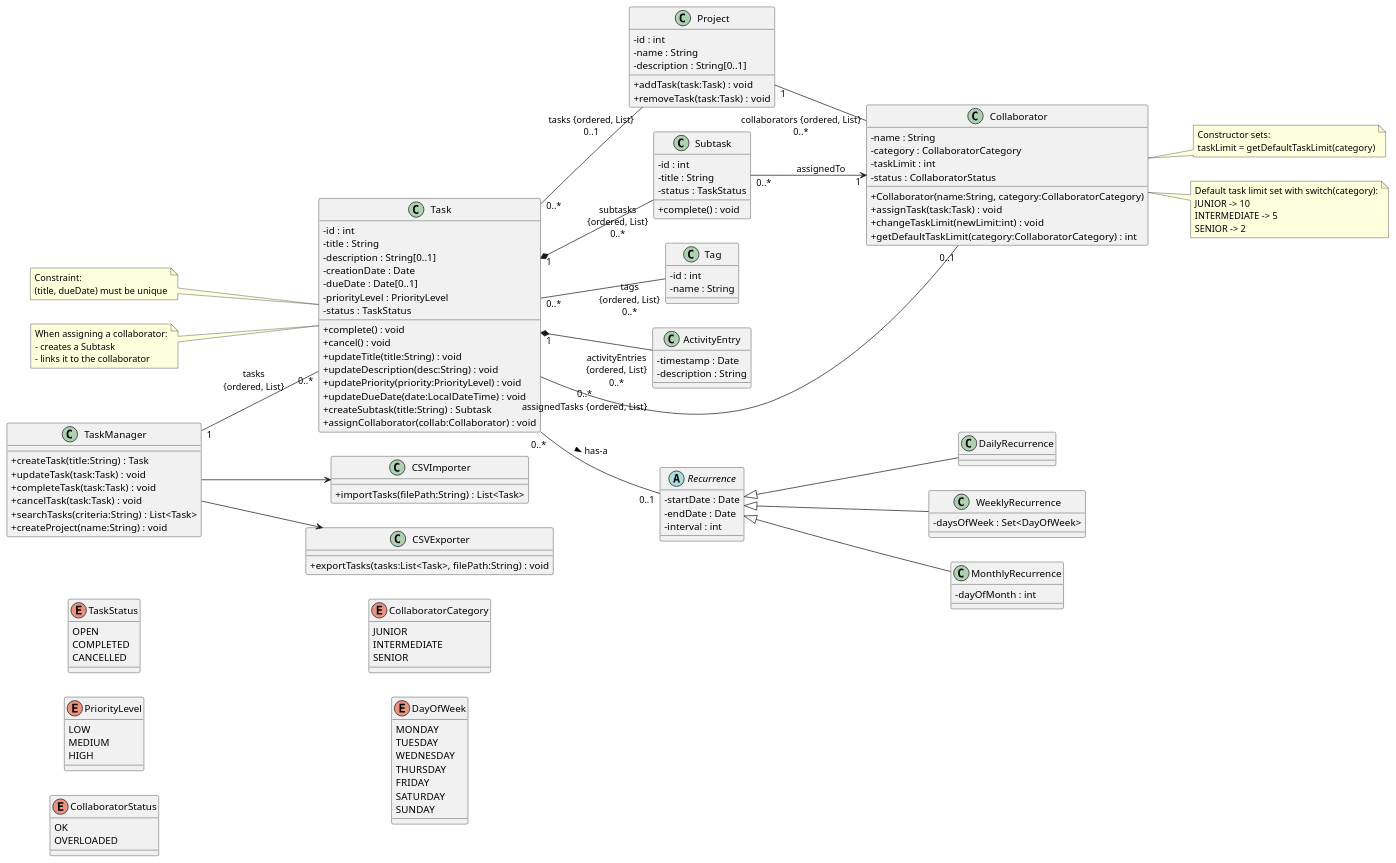
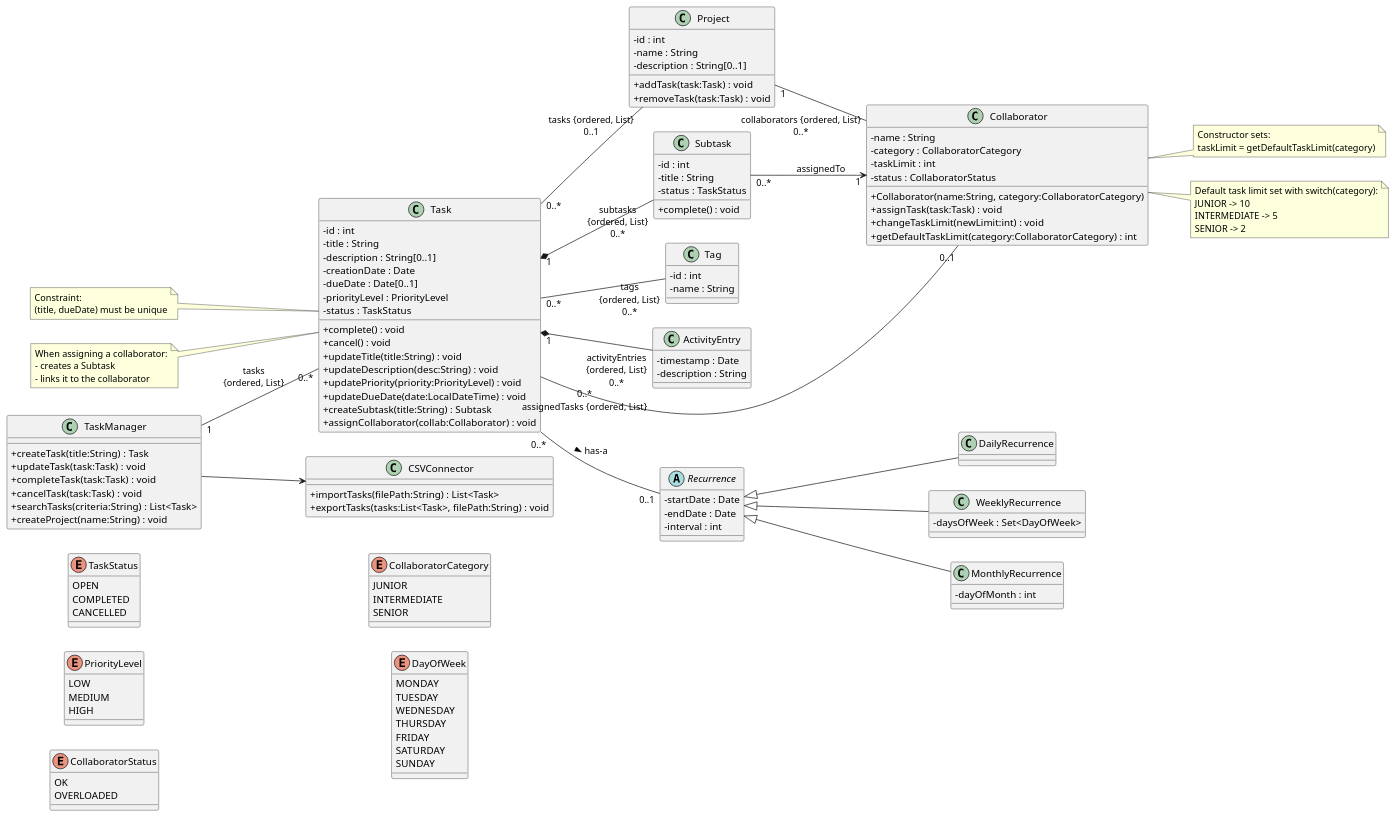
One commit to dan-gan/SOEN-342 changed the diagram in Iteration-2/ClassDiagram/ClassDiagram.puml. Above: the diagram before and after it, drawn with PlantUML. The commit also changed 9 other files, not shown here.

```diff
--- a/Iteration-2/ClassDiagram/ClassDiagram.puml
+++ b/Iteration-2/ClassDiagram/ClassDiagram.puml
@@ -1,196 +1,192 @@
 @startuml
 left to right direction
 skinparam classAttributeIconSize 0
 
 ' =========================
 ' ENUMS
 ' =========================
 
 enum TaskStatus {
   OPEN
   COMPLETED
   CANCELLED
 }
 
 enum PriorityLevel {
   LOW
   MEDIUM
   HIGH
 }
 
 enum CollaboratorStatus {
   OK
   OVERLOADED
 }
 
 enum CollaboratorCategory {
   JUNIOR
   INTERMEDIATE
   SENIOR
 }
 
 enum DayOfWeek {
   MONDAY
   TUESDAY
   WEDNESDAY
   THURSDAY
   FRIDAY
   SATURDAY
   SUNDAY
 }
 
 ' =========================
 ' ENTITY CLASSES
 ' =========================
 
 class Task {
   - id : int
   - title : String
   - description : String[0..1]
   - creationDate : Date
   - dueDate : Date[0..1]
   - priorityLevel : PriorityLevel
   - status : TaskStatus
 
   + complete() : void
   + cancel() : void
   + updateTitle(title:String) : void
   + updateDescription(desc:String) : void
   + updatePriority(priority:PriorityLevel) : void
   + updateDueDate(date:LocalDateTime) : void
   + createSubtask(title:String) : Subtask
   + assignCollaborator(collab:Collaborator) : void
 }
 
 note left of Task
   Constraint:
   (title, dueDate) must be unique
 end note
 
 note left of Task
   When assigning a collaborator:
   - creates a Subtask
   - links it to the collaborator
 end note
 
 class Project {
   - id : int
   - name : String
   - description : String[0..1]
 
   + addTask(task:Task) : void
   + removeTask(task:Task) : void
 }
 
 class Subtask {
   - id : int
   - title : String
   - status : TaskStatus
 
   + complete() : void
 }
 
 class Tag {
   - id : int
   - name : String
 }
 
 class ActivityEntry {
   - timestamp : Date
   - description : String
 }
 
 ' =========================
 ' COLLABORATORS
 ' =========================
 
 class Collaborator {
   - name : String
   - category : CollaboratorCategory
   - taskLimit : int
   - status : CollaboratorStatus
 
   + Collaborator(name:String, category:CollaboratorCategory)
   + assignTask(task:Task) : void
   + changeTaskLimit(newLimit:int) : void
   + getDefaultTaskLimit(category:CollaboratorCategory) : int
 }
 
 note right of Collaborator
   Constructor sets:
   taskLimit = getDefaultTaskLimit(category)
 end note
 
 note right of Collaborator
   Default task limit set with switch(category):
   JUNIOR -> 10
   INTERMEDIATE -> 5
   SENIOR -> 2
 end note
 
 ' =========================
 ' RECURRENCE
 ' =========================
 
 abstract class Recurrence {
   - startDate : Date
   - endDate : Date
   - interval : int
 }
 
 class DailyRecurrence
 
 class WeeklyRecurrence {
   - daysOfWeek : Set<DayOfWeek>
 }
 
 class MonthlyRecurrence {
   - dayOfMonth : int
 }
 
 Recurrence <|-- DailyRecurrence
 Recurrence <|-- WeeklyRecurrence
 Recurrence <|-- MonthlyRecurrence
 
 ' =========================
 ' SYSTEM / SERVICE CLASSES
 ' =========================
 
 class TaskManager {
   + createTask(title:String) : Task
   + updateTask(task:Task) : void
   + completeTask(task:Task) : void
   + cancelTask(task:Task) : void
   + searchTasks(criteria:String) : List<Task>
   + createProject(name:String) : void
 }
 
-class CSVImporter {
+class CSVConnector{
   + importTasks(filePath:String) : List<Task>
-}
-
-class CSVExporter {
   + exportTasks(tasks:List<Task>, filePath:String) : void
 }
 
 ' =========================
 ' ASSOCIATIONS
 ' =========================
 
 Task "0..*" -- "tasks {ordered, List}\n0..1" Project
 Task "1" *-- "subtasks\n{ordered, List}\n0..*" Subtask
 Task "1" *-- "activityEntries\n{ordered, List}\n0..*" ActivityEntry
 Task "0..*" -- "tags\n{ordered, List}\n0..*" Tag
 
 Task "0..*\nassignedTasks {ordered, List}" -- "0..1" Collaborator
 Project "1" -- "collaborators {ordered, List}\n0..*" Collaborator
 
 Task "0..*" -- "0..1" Recurrence : has-a >
 
 Subtask "0..*" --> "1" Collaborator : assignedTo
 
 
 TaskManager "1" -- "0..*" Task : tasks\n{ordered, List}
-TaskManager --> CSVImporter
-TaskManager --> CSVExporter
+TaskManager --> CSVConnector
 @enduml
```
